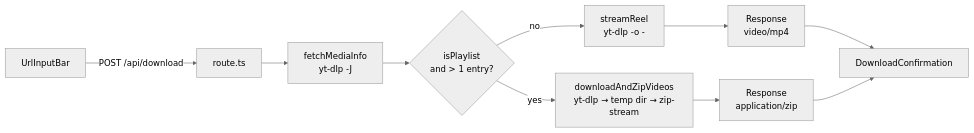
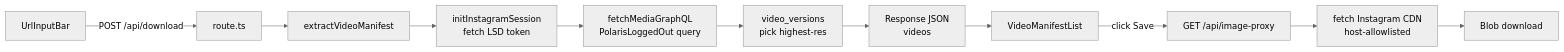
One commit to Agustin-Perezz/ig-reels-downloader-poc changed the first of 3 diagrams in README.md. Above: the diagram before and after it, drawn with Mermaid (neutral theme). The commit also changed other lines of this file and 13 other files, not shown here.

Commit message:
refactor(video): Replace yt-dlp with GraphQL-based video downloads (#6)

````diff
--- a/README.md
+++ b/README.md
@@ -28,12 +28,13 @@
 ```mermaid
 flowchart LR
-    A[UrlInputBar] -->|POST /api/download| B[route.ts]
-    B --> C[fetchMediaInfo<br/>yt-dlp -J]
-    C --> D{isPlaylist<br/>and > 1 entry?}
-    D -->|no| E[streamReel<br/>yt-dlp -o -]
-    D -->|yes| F[downloadAndZipVideos<br/>yt-dlp → temp dir → zip-stream]
-    E --> G[Response<br/>video/mp4]
-    F --> H[Response<br/>application/zip]
-    G --> I[DownloadConfirmation]
-    H --> I
+    A["UrlInputBar"] -->|"POST /api/download"| B["route.ts"]
+    B --> C["extractVideoManifest"]
+    C --> D["initInstagramSession<br/>fetch LSD token"]
+    D --> E["fetchMediaGraphQL<br/>PolarisLoggedOut query"]
+    E --> F["video_versions<br/>pick highest-res"]
+    F --> G["Response JSON<br/>videos"]
+    G --> H["VideoManifestList"]
+    H -->|"click Save"| I["GET /api/image-proxy"]
+    I --> J["fetch Instagram CDN<br/>host-allowlisted"]
+    J --> K["Blob download"]
 ```
````
